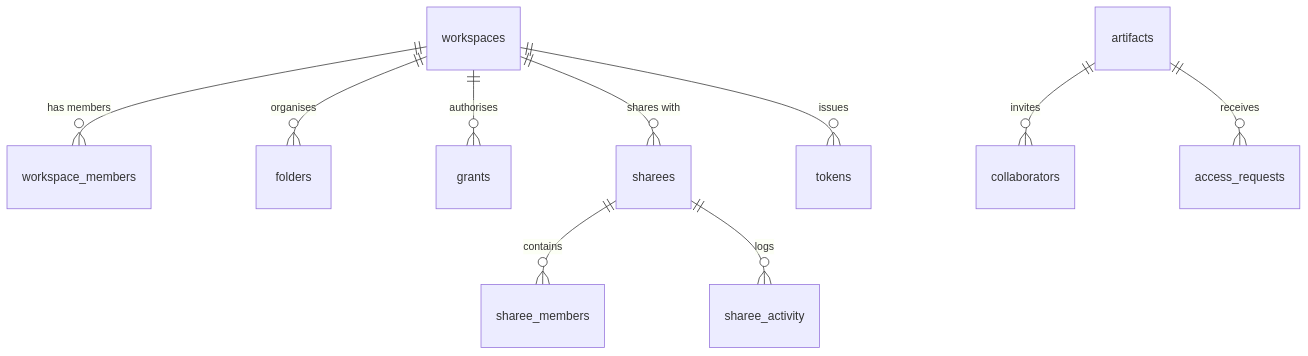
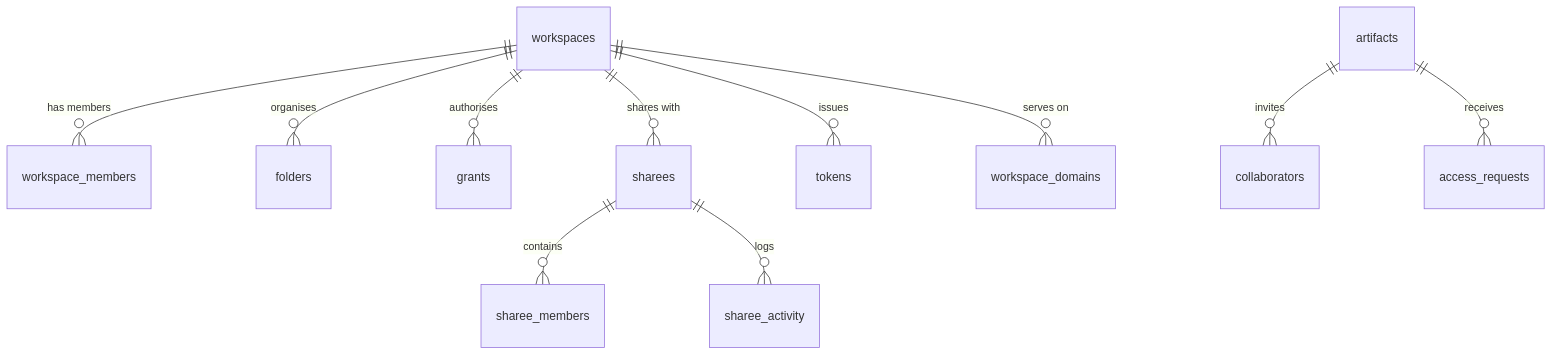
The third of 13 diagrams in shareout-app/migrations/SCHEMA.md (getshareout/shareout), drawn with Mermaid before and after one commit. The commit also changed other lines of this file and 46 other files, not shown here.

First line of the commit message:
feat(workspaces): customer-owned custom domains

````diff
--- a/shareout-app/migrations/SCHEMA.md
+++ b/shareout-app/migrations/SCHEMA.md
@@ -109,12 +109,13 @@
 ```mermaid
 erDiagram
     workspaces ||--o{ workspace_members : "has members"
     workspaces ||--o{ folders           : "organises"
     workspaces ||--o{ grants            : "authorises"
     workspaces ||--o{ sharees           : "shares with"
     workspaces ||--o{ tokens            : "issues"
+    workspaces ||--o{ workspace_domains : "serves on"
     sharees    ||--o{ sharee_members    : "contains"
     sharees    ||--o{ sharee_activity   : "logs"
     artifacts  ||--o{ collaborators     : "invites"
     artifacts  ||--o{ access_requests   : "receives"
 ```
````
